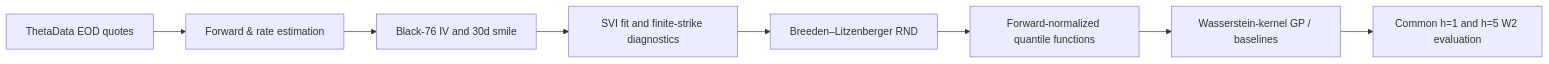
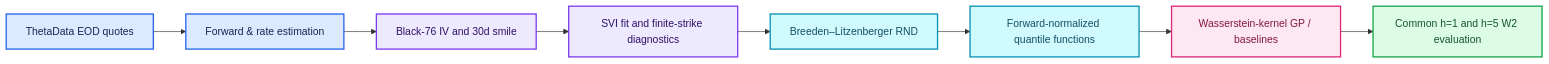
Before and after one commit to itsmilindsahu/WGP-Forecasting-of-RND: the first of 7 diagrams in README.md, drawn with Mermaid. The commit also changed other lines of this file and 3 other files, not shown here.

First line of the commit message:
Add colorful README diagrams and animated illustrations

````diff
--- a/README.md
+++ b/README.md
@@ -9,10 +14,20 @@
 ```mermaid
 flowchart LR
     A[ThetaData EOD quotes] --> B[Forward & rate estimation]
     B --> C[Black-76 IV and 30d smile]
     C --> D[SVI fit and finite-strike diagnostics]
     D --> E[Breeden–Litzenberger RND]
     E --> F[Forward-normalized quantile functions]
     F --> G[Wasserstein-kernel GP / baselines]
     G --> H[Common h=1 and h=5 W2 evaluation]
+    classDef source fill:#dbeafe,stroke:#2563eb,color:#172554,stroke-width:2px
+    classDef transform fill:#ede9fe,stroke:#7c3aed,color:#2e1065,stroke-width:2px
+    classDef density fill:#cffafe,stroke:#0891b2,color:#164e63,stroke-width:2px
+    classDef forecast fill:#fce7f3,stroke:#db2777,color:#831843,stroke-width:2px
+    classDef score fill:#dcfce7,stroke:#16a34a,color:#14532d,stroke-width:2px
+    class A,B source
+    class C,D transform
+    class E,F density
+    class G forecast
+    class H score
 ```
````
